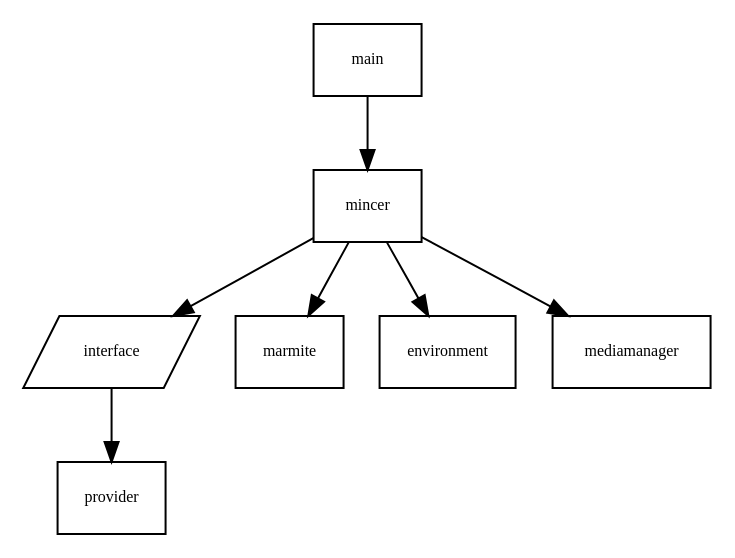
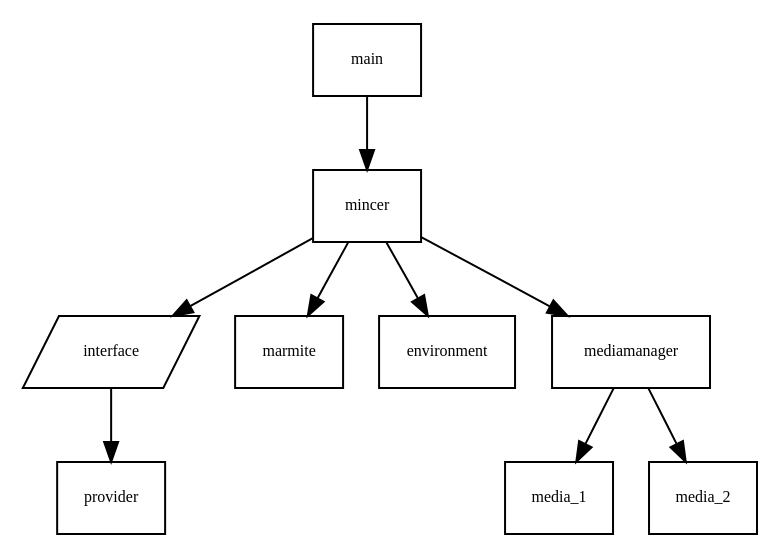
One commit to goneri/kitchen-mincer changed the diagram in doc/source/index.rst. Above: the diagram before and after it, drawn with Graphviz. The commit also changed 5 other files, not shown here.

```diff
--- a/doc/source/index.rst
+++ b/doc/source/index.rst
@@ -204,23 +204,25 @@
 .. graphviz::
 
     digraph G {
 
         node [
         fontname = "Bitstream Vera Sans"
         fontsize = 8
         shape = "record"
         ]
 
         edge [
         arrowtail = "empty"
         ]
 
 	interface [ shape = "parallelogram"  ]
 
         main -> mincer
         mincer -> marmite
 	mincer -> interface
 	mincer -> environment
 	interface -> provider
 	mincer -> mediamanager
+	mediamanager -> media_1
+	mediamanager -> media_2
     }
```
